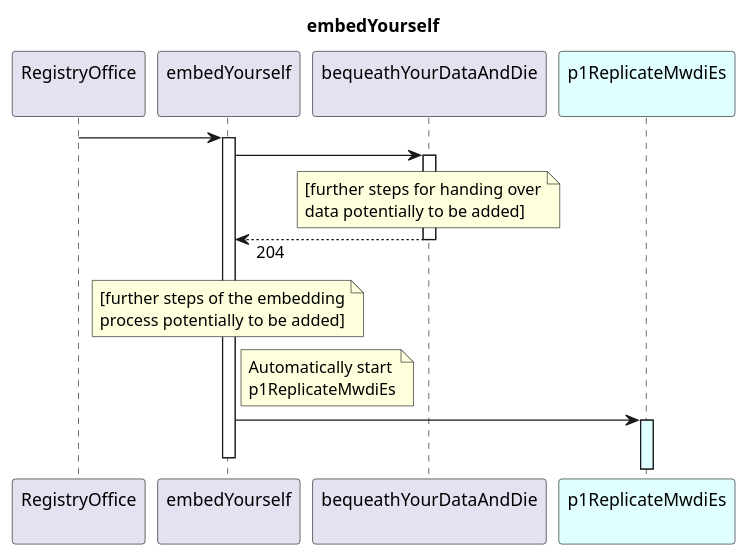
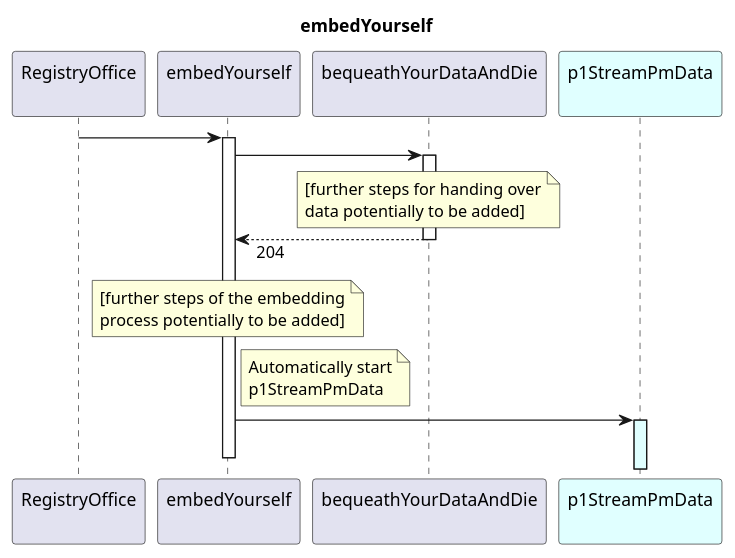
One commit to openBackhaul/DevicePerformanceManagementDataProcessor changed the diagram in spec/Services/EmbedYourself/embedYourself.plantuml. Above: the diagram before and after it, drawn with PlantUML. The commit also changed 8 other files, not shown here.

Commit message:
Rename from p1ReplicateMwdiEs to p1StreamPmData

```diff
--- a/spec/Services/EmbedYourself/embedYourself.plantuml
+++ b/spec/Services/EmbedYourself/embedYourself.plantuml
@@ -1,41 +1,41 @@
 @startuml embedYourself
 skinparam responseMessageBelowArrow true
 
 title
   embedYourself
 end title
 
 participant "RegistryOffice\n" as RO
 participant "embedYourself\n" as embed
 participant "bequeathYourDataAndDie\n" as bequeath
 
-participant "p1ReplicateMwdiEs\n" as p1RMWDI #LightCyan
+participant "p1StreamPmData\n" as p1RMWDI #LightCyan
 
 
 RO -> embed
 activate embed
 
   embed -> bequeath
   activate bequeath
     note over bequeath
       [further steps for handing over
       data potentially to be added]
     end note
   embed <-- bequeath : 204
   deactivate bequeath
 
   note over embed
     [further steps of the embedding
     process potentially to be added]
   end note
 
   note right embed
     Automatically start
-    p1ReplicateMwdiEs
+    p1StreamPmData
   end note
   embed -> p1RMWDI
   activate p1RMWDI #LightCyan
 
 deactivate embed
 
 @enduml
```
